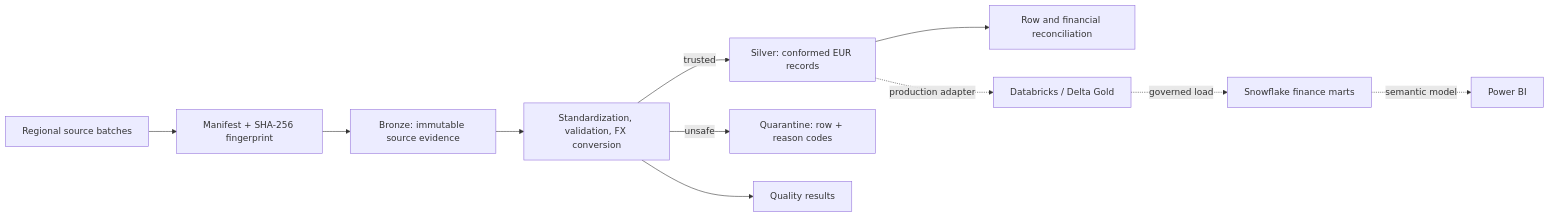
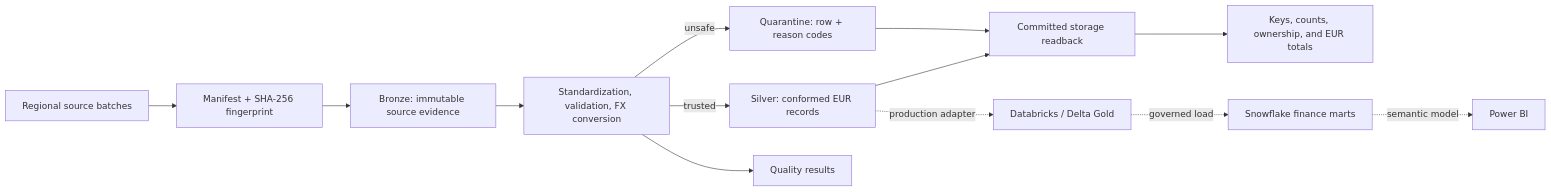
The diagram in README.md (khanbelievable/Libra), drawn with Mermaid before and after one commit. The commit also changed other lines of this file and 16 other files, not shown here.

````diff
--- a/README.md
+++ b/README.md
@@ -26,14 +28,16 @@
 ```mermaid
 flowchart LR
     Sources["Regional source batches"] --> Manifest["Manifest + SHA-256 fingerprint"]
     Manifest --> Bronze["Bronze: immutable source evidence"]
     Bronze --> Rules["Standardization, validation, FX conversion"]
     Rules -->|trusted| Silver["Silver: conformed EUR records"]
     Rules -->|unsafe| Quarantine["Quarantine: row + reason codes"]
     Rules --> Quality["Quality results"]
-    Silver --> Reconciliation["Row and financial reconciliation"]
+    Silver --> Readback["Committed storage readback"]
+    Quarantine --> Readback
+    Readback --> Reconciliation["Keys, counts, ownership, and EUR totals"]
 
     Silver -. production adapter .-> Delta["Databricks / Delta Gold"]
     Delta -. governed load .-> Snowflake["Snowflake finance marts"]
     Snowflake -. semantic model .-> PowerBI["Power BI"]
 ```
````
